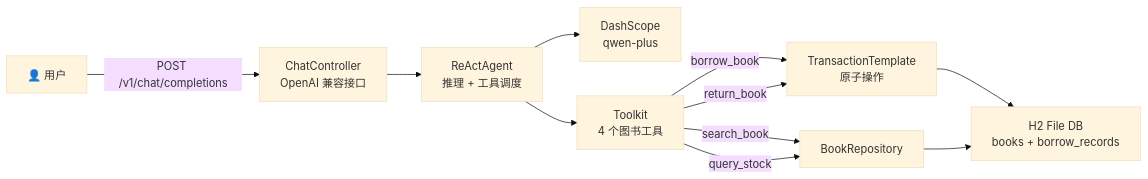
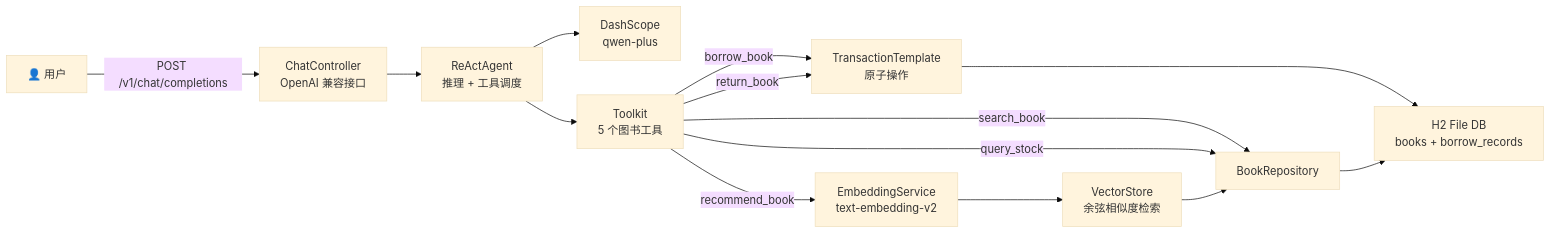
The diagram in README.md (yelaing/smart-library-agent), drawn with Mermaid (base theme) before and after one commit. The commit also changed other lines of this file, not shown here.

````diff
--- a/README.md
+++ b/README.md
@@ -19,13 +20,16 @@
 ```mermaid
 flowchart LR
     User["👤 用户"] -->|POST /v1/chat/completions| API["ChatController<br/>OpenAI 兼容接口"]
     API --> Agent["ReActAgent<br/>推理 + 工具调度"]
     Agent --> LLM["DashScope<br/>qwen-plus"]
-    Agent --> Toolkit["Toolkit<br/>4 个图书工具"]
+    Agent --> Toolkit["Toolkit<br/>5 个图书工具"]
+    Toolkit -->|recommend_book| Emb["EmbeddingService<br/>text-embedding-v2"]
+    Emb --> Vec["VectorStore<br/>余弦相似度检索"]
     Toolkit -->|search_book| Repo["BookRepository"]
     Toolkit -->|query_stock| Repo
+    Vec --> Repo
     Toolkit -->|borrow_book| Tx["TransactionTemplate<br/>原子操作"]
     Toolkit -->|return_book| Tx
     Tx --> DB["H2 File DB<br/>books + borrow_records"]
     Repo --> DB
 ```
````
